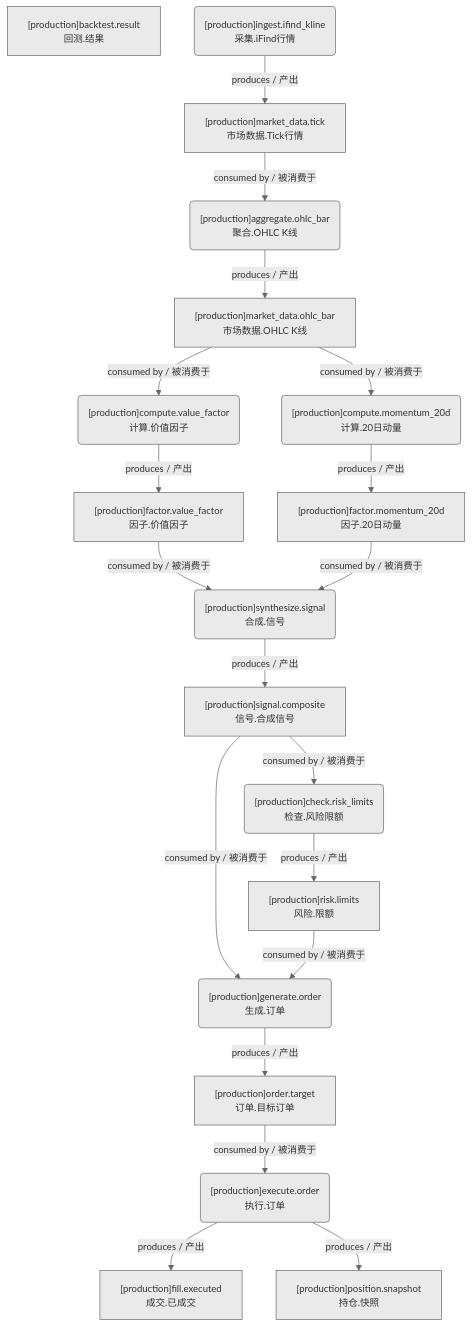
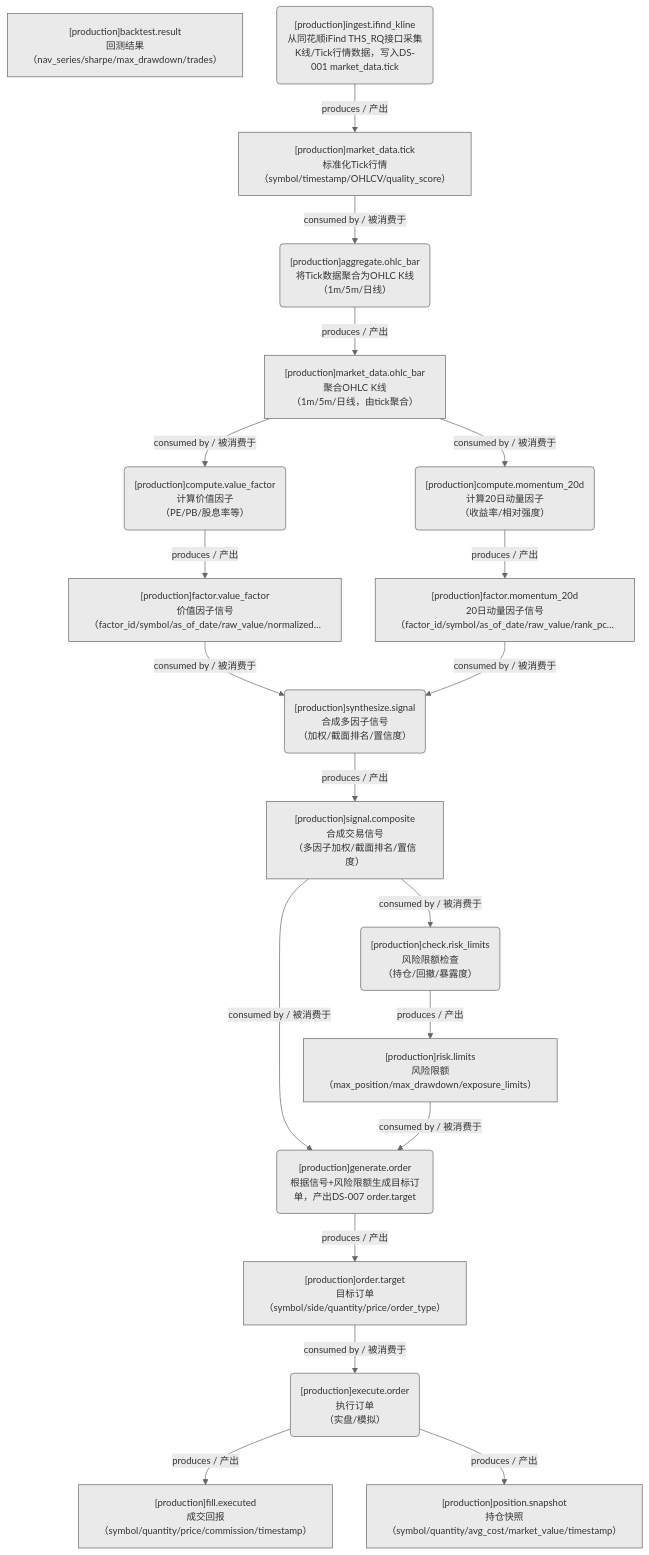
One commit to xuanFelixVan/ZephyrAlpha changed the third of 4 diagrams in docs/02_enterprise_architecture/05_dataflow_architecture/dataflow_production.md. Above: the diagram before and after it, drawn with Mermaid. The commit also changed other lines of this file and 11 other files, not shown here.

First line of the commit message:
feat(dataflow-diagram): 域文档新增全景合并图+运营态完整功能简述显示

````diff
--- a/docs/02_enterprise_architecture/05_dataflow_architecture/dataflow_production.md
+++ b/docs/02_enterprise_architecture/05_dataflow_architecture/dataflow_production.md
@@ -188,40 +188,40 @@
 ```mermaid
 %%{init: {'theme': 'base', 'themeVariables': {'primaryColor': '#eaeaea', 'primaryTextColor': '#333333', 'primaryBorderColor': '#666666', 'lineColor': '#666666', 'secondaryColor': '#eaeaea', 'tertiaryColor': '#eaeaea', 'fontSize': '14px'}}}%%
 flowchart TD
-    DS11512["[production]backtest.result<br/>回测.结果"]
-    DS11506["[production]factor.momentum_20d<br/>因子.20日动量"]
-    DS11505["[production]factor.value_factor<br/>因子.价值因子"]
-    DS11510["[production]fill.executed<br/>成交.已成交"]
-    DS11504["[production]market_data.ohlc_bar<br/>市场数据.OHLC K线"]
-    DS11503["[production]market_data.tick<br/>市场数据.Tick行情"]
-    DS11509["[production]order.target<br/>订单.目标订单"]
-    DS11511["[production]position.snapshot<br/>持仓.快照"]
-    DS11508["[production]risk.limits<br/>风险.限额"]
-    DS11507["[production]signal.composite<br/>信号.合成信号"]
-    JOB776850("[production]aggregate.ohlc_bar<br/>聚合.OHLC K线")
-    JOB776854("[production]check.risk_limits<br/>检查.风险限额")
-    JOB776852("[production]compute.momentum_20d<br/>计算.20日动量")
-    JOB776851("[production]compute.value_factor<br/>计算.价值因子")
-    JOB776856("[production]execute.order<br/>执行.订单")
-    JOB776855("[production]generate.order<br/>生成.订单")
-    JOB776849("[production]ingest.ifind_kline<br/>采集.iFind行情")
-    JOB776853("[production]synthesize.signal<br/>合成.信号")
-    JOB776849 -->|produces / 产出| DS11503
-    JOB776850 -->|produces / 产出| DS11504
-    JOB776851 -->|produces / 产出| DS11505
-    JOB776852 -->|produces / 产出| DS11506
-    JOB776853 -->|produces / 产出| DS11507
-    JOB776854 -->|produces / 产出| DS11508
-    JOB776855 -->|produces / 产出| DS11509
-    JOB776856 -->|produces / 产出| DS11510
-    JOB776856 -->|produces / 产出| DS11511
-    DS11503 -->|consumed by / 被消费于| JOB776850
-    DS11504 -->|consumed by / 被消费于| JOB776851
-    DS11504 -->|consumed by / 被消费于| JOB776852
-    DS11505 -->|consumed by / 被消费于| JOB776853
-    DS11506 -->|consumed by / 被消费于| JOB776853
-    DS11507 -->|consumed by / 被消费于| JOB776854
-    DS11507 -->|consumed by / 被消费于| JOB776855
-    DS11508 -->|consumed by / 被消费于| JOB776855
-    DS11509 -->|consumed by / 被消费于| JOB776856
+    DS11664["[production]backtest.result<br/>回测结果<br/>（nav_series/sharpe/max_drawdown/trades）"]
+    DS11658["[production]factor.momentum_20d<br/>20日动量因子信号<br/>（factor_id/symbol/as_of_date/raw_value/rank_pc…"]
+    DS11657["[production]factor.value_factor<br/>价值因子信号<br/>（factor_id/symbol/as_of_date/raw_value/normalized…"]
+    DS11662["[production]fill.executed<br/>成交回报<br/>（symbol/quantity/price/commission/timestamp）"]
+    DS11656["[production]market_data.ohlc_bar<br/>聚合OHLC K线<br/>（1m/5m/日线，由tick聚合）"]
+    DS11655["[production]market_data.tick<br/>标准化Tick行情<br/>（symbol/timestamp/OHLCV/quality_score）"]
+    DS11661["[production]order.target<br/>目标订单<br/>（symbol/side/quantity/price/order_type）"]
+    DS11663["[production]position.snapshot<br/>持仓快照<br/>（symbol/quantity/avg_cost/market_value/timestamp）"]
+    DS11660["[production]risk.limits<br/>风险限额<br/>（max_position/max_drawdown/exposure_limits）"]
+    DS11659["[production]signal.composite<br/>合成交易信号<br/>（多因子加权/截面排名/置信度）"]
+    JOB784142("[production]aggregate.ohlc_bar<br/>将Tick数据聚合为OHLC K线<br/>（1m/5m/日线）")
+    JOB784146("[production]check.risk_limits<br/>风险限额检查<br/>（持仓/回撤/暴露度）")
+    JOB784144("[production]compute.momentum_20d<br/>计算20日动量因子<br/>（收益率/相对强度）")
+    JOB784143("[production]compute.value_factor<br/>计算价值因子<br/>（PE/PB/股息率等）")
+    JOB784148("[production]execute.order<br/>执行订单<br/>（实盘/模拟）")
+    JOB784147("[production]generate.order<br/>根据信号+风险限额生成目标订单，产出DS-007 order.target")
+    JOB784141("[production]ingest.ifind_kline<br/>从同花顺iFind THS_RQ接口采集K线/Tick行情数据，写入DS-001 market_data.tick")
+    JOB784145("[production]synthesize.signal<br/>合成多因子信号<br/>（加权/截面排名/置信度）")
+    JOB784141 -->|produces / 产出| DS11655
+    JOB784142 -->|produces / 产出| DS11656
+    JOB784143 -->|produces / 产出| DS11657
+    JOB784144 -->|produces / 产出| DS11658
+    JOB784145 -->|produces / 产出| DS11659
+    JOB784146 -->|produces / 产出| DS11660
+    JOB784147 -->|produces / 产出| DS11661
+    JOB784148 -->|produces / 产出| DS11662
+    JOB784148 -->|produces / 产出| DS11663
+    DS11655 -->|consumed by / 被消费于| JOB784142
+    DS11656 -->|consumed by / 被消费于| JOB784143
+    DS11656 -->|consumed by / 被消费于| JOB784144
+    DS11657 -->|consumed by / 被消费于| JOB784145
+    DS11658 -->|consumed by / 被消费于| JOB784145
+    DS11659 -->|consumed by / 被消费于| JOB784146
+    DS11659 -->|consumed by / 被消费于| JOB784147
+    DS11660 -->|consumed by / 被消费于| JOB784147
+    DS11661 -->|consumed by / 被消费于| JOB784148
 ```
````
